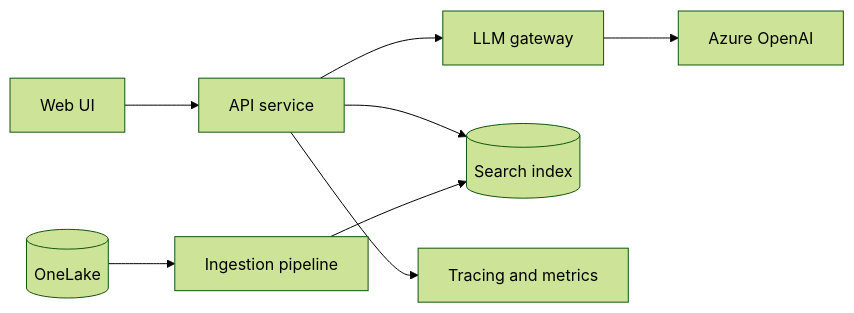
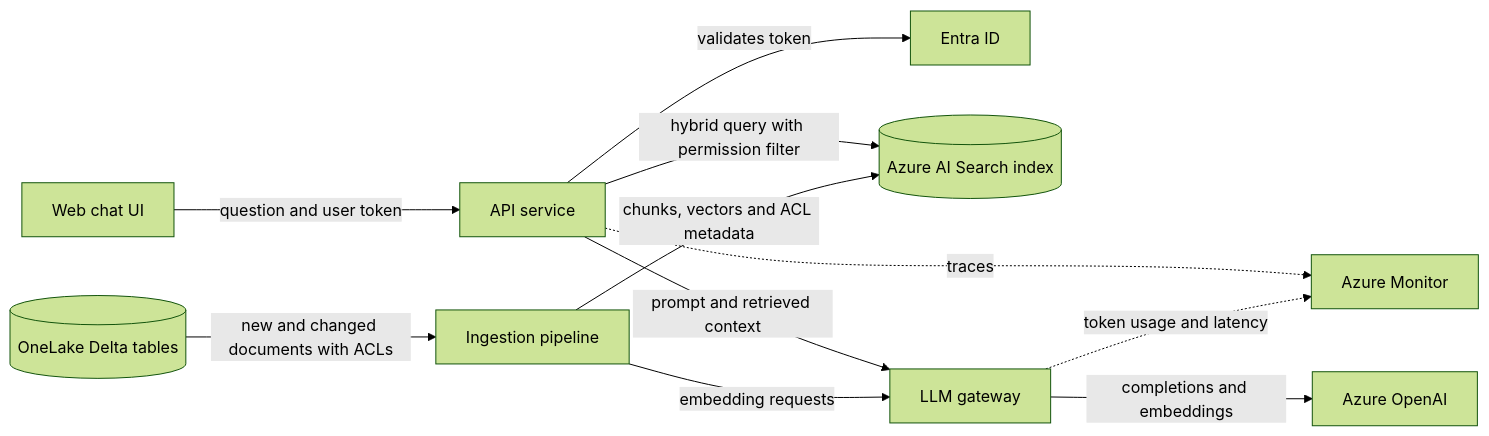
Before and after one commit to nandhinikm/ai-architect-portfolio: the second of 2 diagrams in docs/c4/example-context.md, drawn with Mermaid (forest theme). The commit also changed other lines of this file, not shown here.

Commit message:
docs: add enterprise copilot C4 diagrams and ADR-0002

````diff
--- a/docs/c4/example-context.md
+++ b/docs/c4/example-context.md
@@ -14,10 +14,13 @@
 ```mermaid
 flowchart LR
-    ui[Web UI] --> api[API service]
-    api --> gw[LLM gateway]
-    api --> search[(Search index)]
-    gw --> llm[Azure OpenAI]
-    ingest[Ingestion pipeline] --> search
-    lake[(OneLake)] --> ingest
-    api --> obs[Tracing and metrics]
+    ui[Web chat UI] -->|question and user token| api[API service]
+    api -->|validates token| entra[Entra ID]
+    api -->|hybrid query with permission filter| idx[(Azure AI Search index)]
+    api -->|prompt and retrieved context| gw[LLM gateway]
+    gw -->|completions and embeddings| aoai[Azure OpenAI]
+    lake[(OneLake Delta tables)] -->|new and changed documents with ACLs| ingest[Ingestion pipeline]
+    ingest -->|embedding requests| gw
+    ingest -->|chunks, vectors and ACL metadata| idx
+    api -.->|traces| obs[Azure Monitor]
+    gw -.->|token usage and latency| obs
 ```
````
